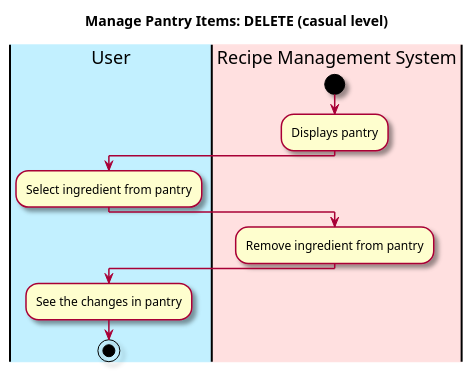
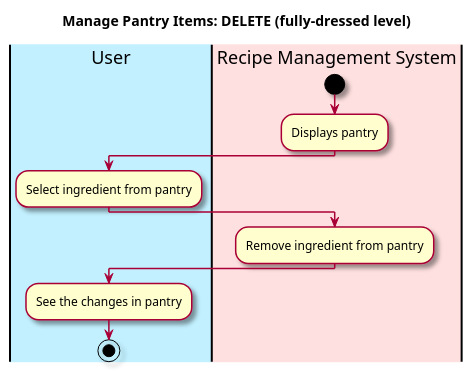
The second of 8 diagrams in intellij/doc/use-cases/manage_pantry.md (berthashipper/Pantry-Pal-Android-Application), drawn with PlantUML before and after one commit. The commit also changed other lines of this file and 3 other files, not shown here.

````diff
--- a/intellij/doc/use-cases/manage_pantry.md
+++ b/intellij/doc/use-cases/manage_pantry.md
@@ -70,26 +70,26 @@
 ```plantuml
 @startuml
 
 skin rose
 
-title  Manage Pantry Items: DELETE (casual level)
+title  Manage Pantry Items: DELETE (fully-dressed level)
 
 'define the lanes
 |#application|User|
 |#implementation|Recipe Management System|
 
 |Recipe Management System|
 start
 :Displays pantry;
 |User|
 :Select ingredient from pantry;
 |Recipe Management System|
 
 :Remove ingredient from pantry;
 
 |User|
 :See the changes in pantry;
 
 stop
 @enduml
 ```
````
